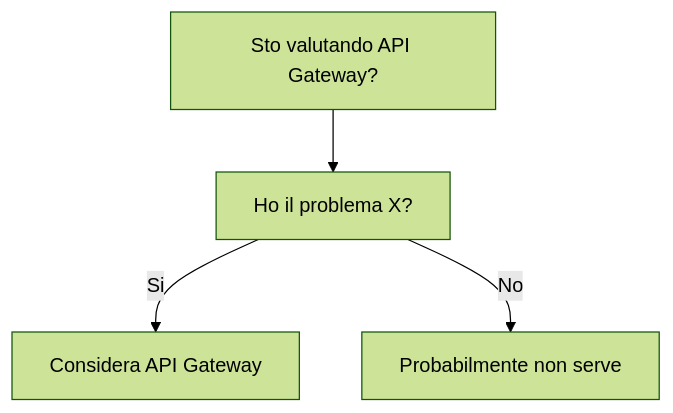
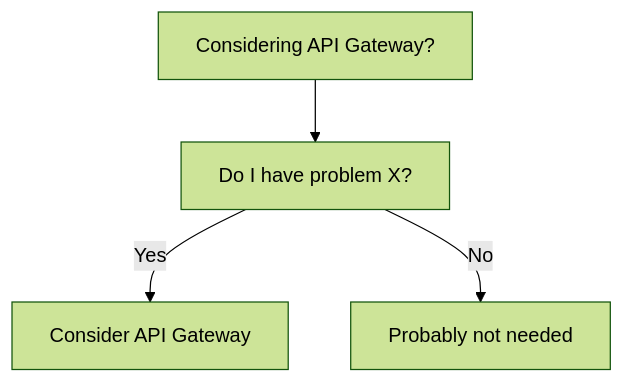
One commit to HxT9/Software-Dev-Wiki changed the diagram in dev-wiki/02_Architecture/API_Gateway/When_To_Use.md. Above: the diagram before and after it, drawn with Mermaid (forest theme). The commit also changed other lines of this file and 3444 other files, not shown here.

````diff
--- a/dev-wiki/02_Architecture/API_Gateway/When_To_Use.md
+++ b/dev-wiki/02_Architecture/API_Gateway/When_To_Use.md
@@ -19,6 +19,6 @@
 ```mermaid
 flowchart TD
-  Q[Sto valutando API Gateway?] --> Q1[Ho il problema X?]
-  Q1 -->|Si| OK[Considera API Gateway]
-  Q1 -->|No| NO[Probabilmente non serve]
+  Q[Considering API Gateway?] --> Q1[Do I have problem X?]
+  Q1 -->|Yes| OK[Consider API Gateway]
+  Q1 -->|No| NO[Probably not needed]
 ```
````
